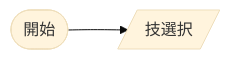
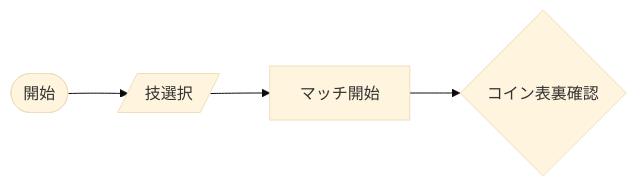
The first of 3 diagrams in README.md (tpu-game-2023/mermaid_test), drawn with Mermaid (base theme) before and after one commit.

Commit message:
見取り図CからD入れ確認

````diff
--- a/README.md
+++ b/README.md
@@ -20,5 +20,7 @@
 ```mermaid
 flowchart LR;
    A([開始]) --> B[/技選択/];
+   B --> C[マッチ開始];
+   C --> D{コイン表裏確認};
    
 ```
````
